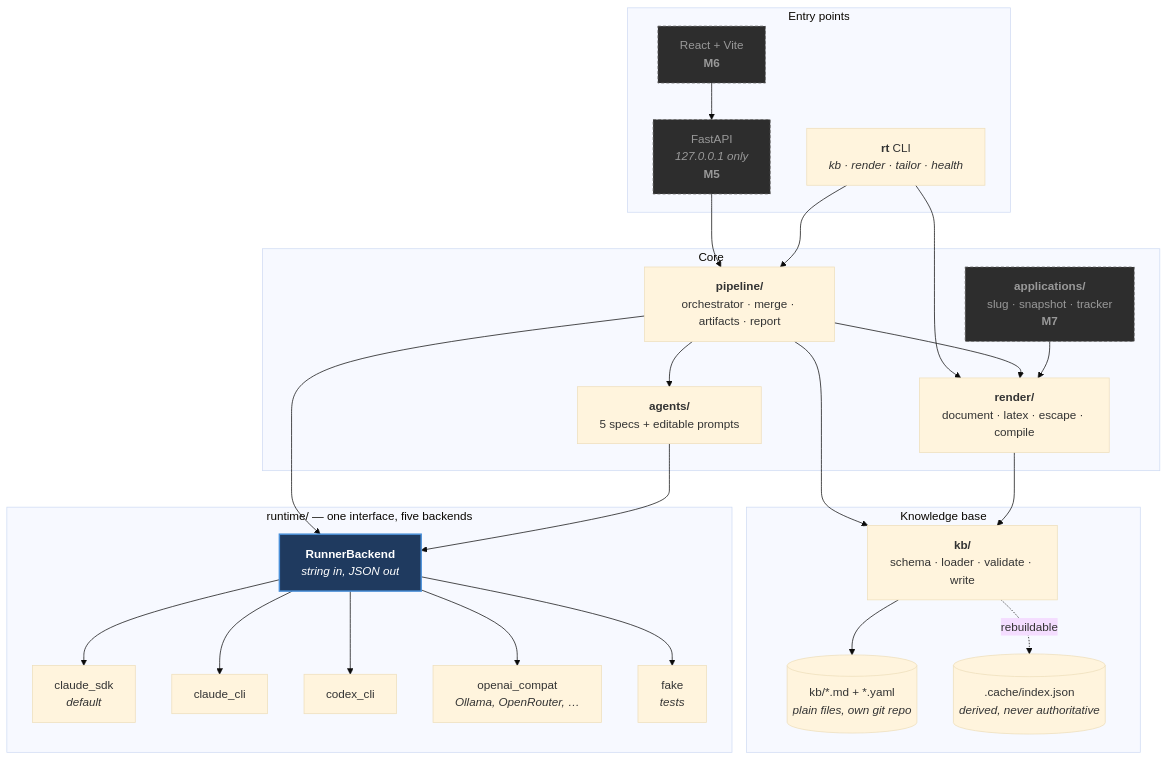
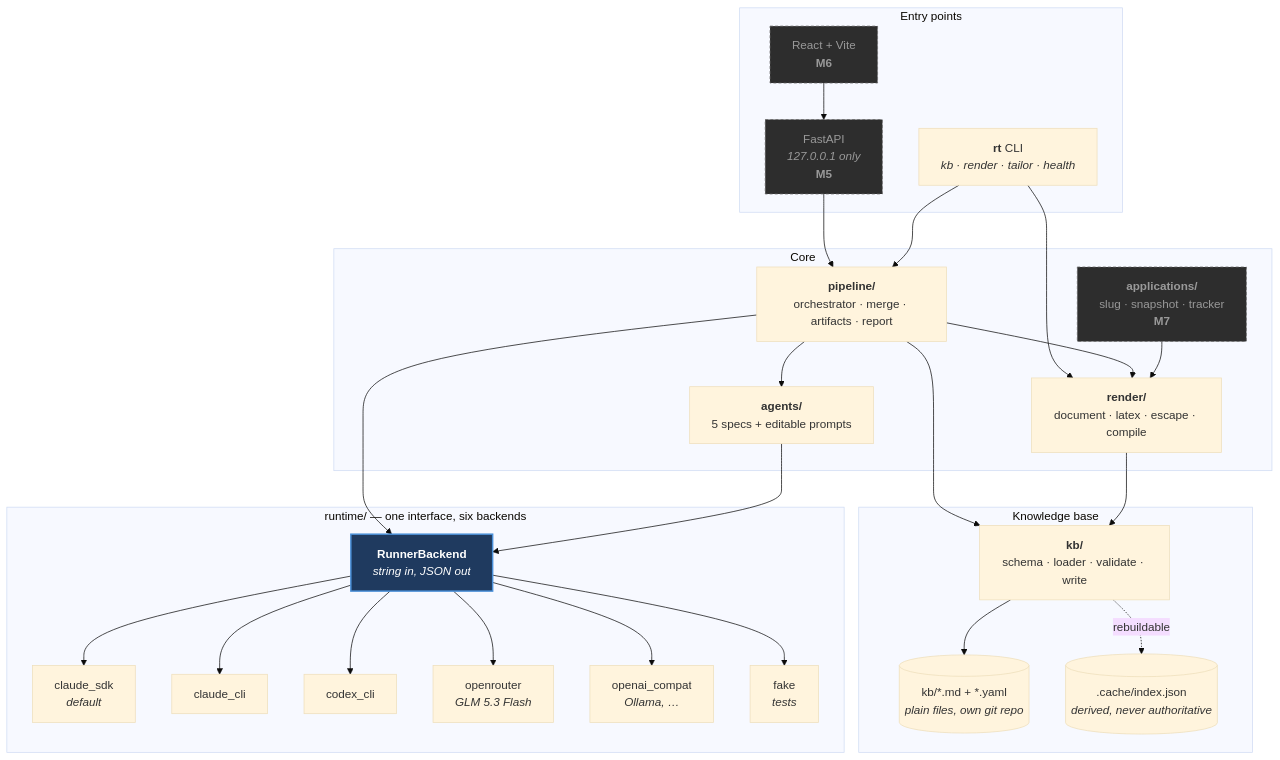
The second of 3 diagrams in README.md (amal-krishna-m-u/resume-modifier), drawn with Mermaid (base theme) before and after one commit. The commit also changed other lines of this file and 27 other files, not shown here.

````diff
--- a/README.md
+++ b/README.md
@@ -122,50 +438,51 @@
 ```mermaid
 flowchart TB
     subgraph entry["Entry points"]
         CLI["<b>rt</b> CLI<br/><i>kb · render · tailor · health</i>"]
         API["FastAPI<br/><i>127.0.0.1 only</i><br/><b>M5</b>"]
         UI["React + Vite<br/><b>M6</b>"]
     end
 
     subgraph core["Core"]
         PIPELINE["<b>pipeline/</b><br/>orchestrator · merge · artifacts · report"]
         AGENTS["<b>agents/</b><br/>5 specs + editable prompts"]
         RENDER["<b>render/</b><br/>document · latex · escape · compile"]
         APPS["<b>applications/</b><br/>slug · snapshot · tracker<br/><b>M7</b>"]
     end
 
     subgraph kb["Knowledge base"]
         LOADER["<b>kb/</b><br/>schema · loader · validate · write"]
         FILES[("kb/*.md + *.yaml<br/><i>plain files, own git repo</i>")]
         CACHE[(".cache/index.json<br/><i>derived, never authoritative</i>")]
     end
 
-    subgraph runtime["runtime/ — one interface, five backends"]
+    subgraph runtime["runtime/ — one interface, six backends"]
         BASE["<b>RunnerBackend</b><br/><i>string in, JSON out</i>"]
         SDK["claude_sdk<br/><i>default</i>"]
         CLIB["claude_cli"]
         CODEX["codex_cli"]
-        COMPAT["openai_compat<br/><i>Ollama, OpenRouter, …</i>"]
+        OR["openrouter<br/><i>GLM 5.3 Flash</i>"]
+        COMPAT["openai_compat<br/><i>Ollama, …</i>"]
         FAKE["fake<br/><i>tests</i>"]
     end
 
     UI --> API
     API --> PIPELINE
     CLI --> PIPELINE
     CLI --> RENDER
     PIPELINE --> AGENTS
     PIPELINE --> RENDER
     PIPELINE --> BASE
     AGENTS --> BASE
-    BASE --> SDK & CLIB & CODEX & COMPAT & FAKE
+    BASE --> SDK & CLIB & CODEX & OR & COMPAT & FAKE
     PIPELINE --> LOADER
     RENDER --> LOADER
     APPS --> RENDER
     LOADER --> FILES
     LOADER -.->|rebuildable| CACHE
 
     classDef future fill:#2d2d2d,stroke:#666,stroke-dasharray:4 3,color:#999
     classDef iface fill:#1f3a5f,stroke:#4a90d9,stroke-width:2px,color:#fff
     class API,UI,APPS future
     class BASE iface
 ```
````
